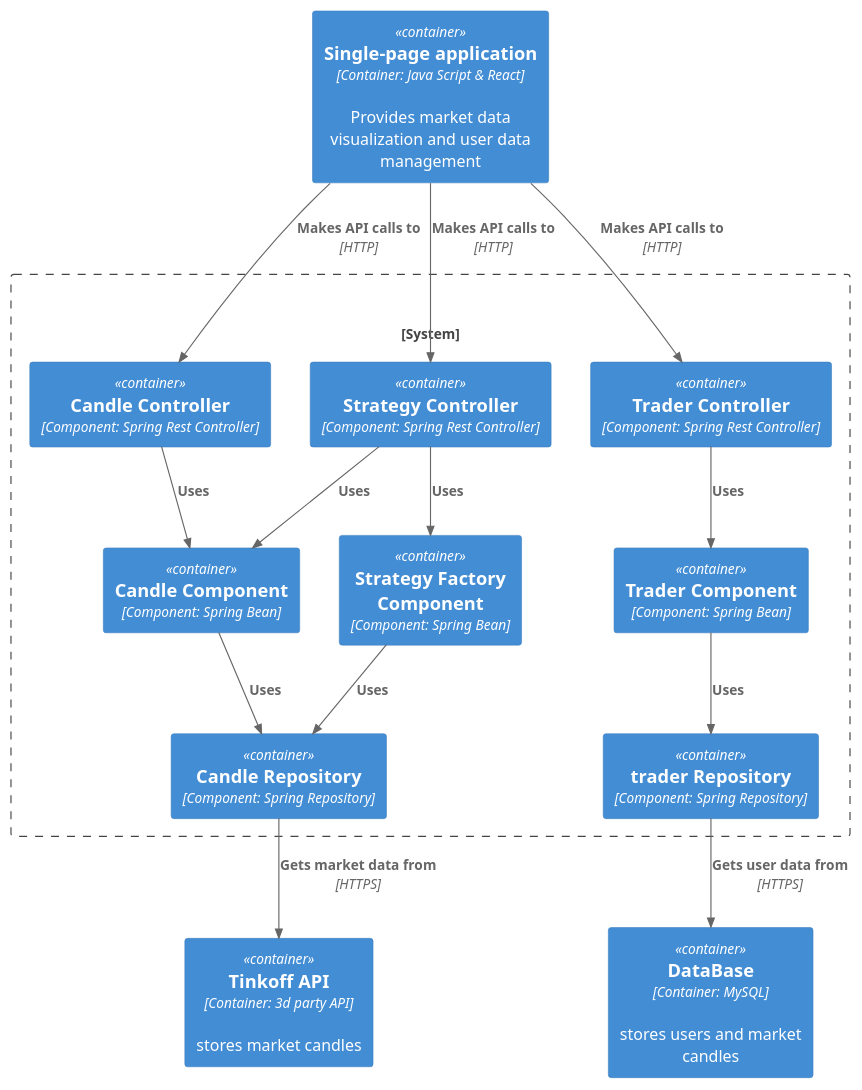
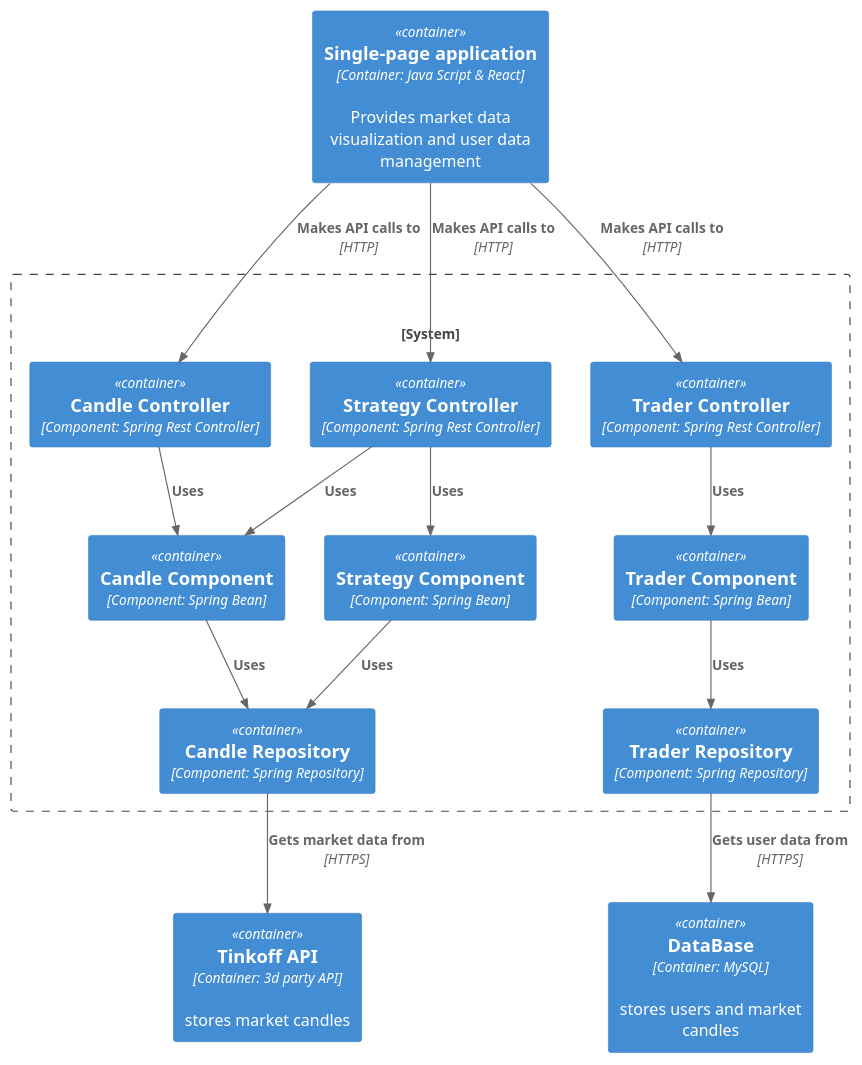
The diagram in Documents_TradeX/C4_diagrams/C3_diagram.puml (dansil2301/TradeX), drawn with PlantUML before and after one commit.

Commit message:
updated C3

```diff
--- a/Documents_TradeX/C4_diagrams/C3_diagram.puml
+++ b/Documents_TradeX/C4_diagrams/C3_diagram.puml
@@ -1,36 +1,36 @@
 @startuml Basic Sample
 !include https://raw.githubusercontent.com/plantuml-stdlib/C4-PlantUML/master/C4_Container.puml
 
 Container(singlePage, "Single-page application", "Container: Java Script & React", "Provides market data visualization and user data management")
 System_Boundary(c3, "") {
     Container(candleController, "Candle Controller", "Component: Spring Rest Controller", "")
     Container(strategyController, "Strategy Controller", "Component: Spring Rest Controller", "")
     Container(tradersController, "Trader Controller", "Component: Spring Rest Controller", "")
 
-    Container(strategyComponent, "Strategy Factory Component", "Component: Spring Bean", "")
+    Container(strategyComponent, "Strategy Component", "Component: Spring Bean", "")
     Container(candleComponent, "Candle Component", "Component: Spring Bean", "")
     Container(traderComponent, "Trader Component", "Component: Spring Bean", "")
 
     Container(candleRepository, "Candle Repository", "Component: Spring Repository", "")
-    Container(traderRepository, "trader Repository", "Component: Spring Repository", "")
+    Container(traderRepository, "Trader Repository", "Component: Spring Repository", "")
 }
 Container(db, "DataBase", "Container: MySQL", "stores users and market candles")
 Container(tinkoffAPI, "Tinkoff API", "Container: 3d party API", "stores market candles")
 
 
 Rel(singlePage, candleController, "Makes API calls to", "HTTP")
 Rel(singlePage, strategyController, "Makes API calls to", "HTTP")
 Rel(singlePage, tradersController, "Makes API calls to", "HTTP")
 
 Rel(strategyController, strategyComponent, "Uses")
 Rel(strategyController, candleComponent, "Uses")
 Rel(candleController, candleComponent, "Uses")
 Rel(tradersController, traderComponent, "Uses")
 
 Rel(strategyComponent, candleRepository, "Uses")
 Rel(candleComponent, candleRepository, "Uses")
 Rel(traderComponent, traderRepository, "Uses")
 
 Rel(candleRepository, tinkoffAPI, "Gets market data from", "HTTPS")
 Rel(traderRepository, db, "Gets user data from", "HTTPS")
 @enduml
```
